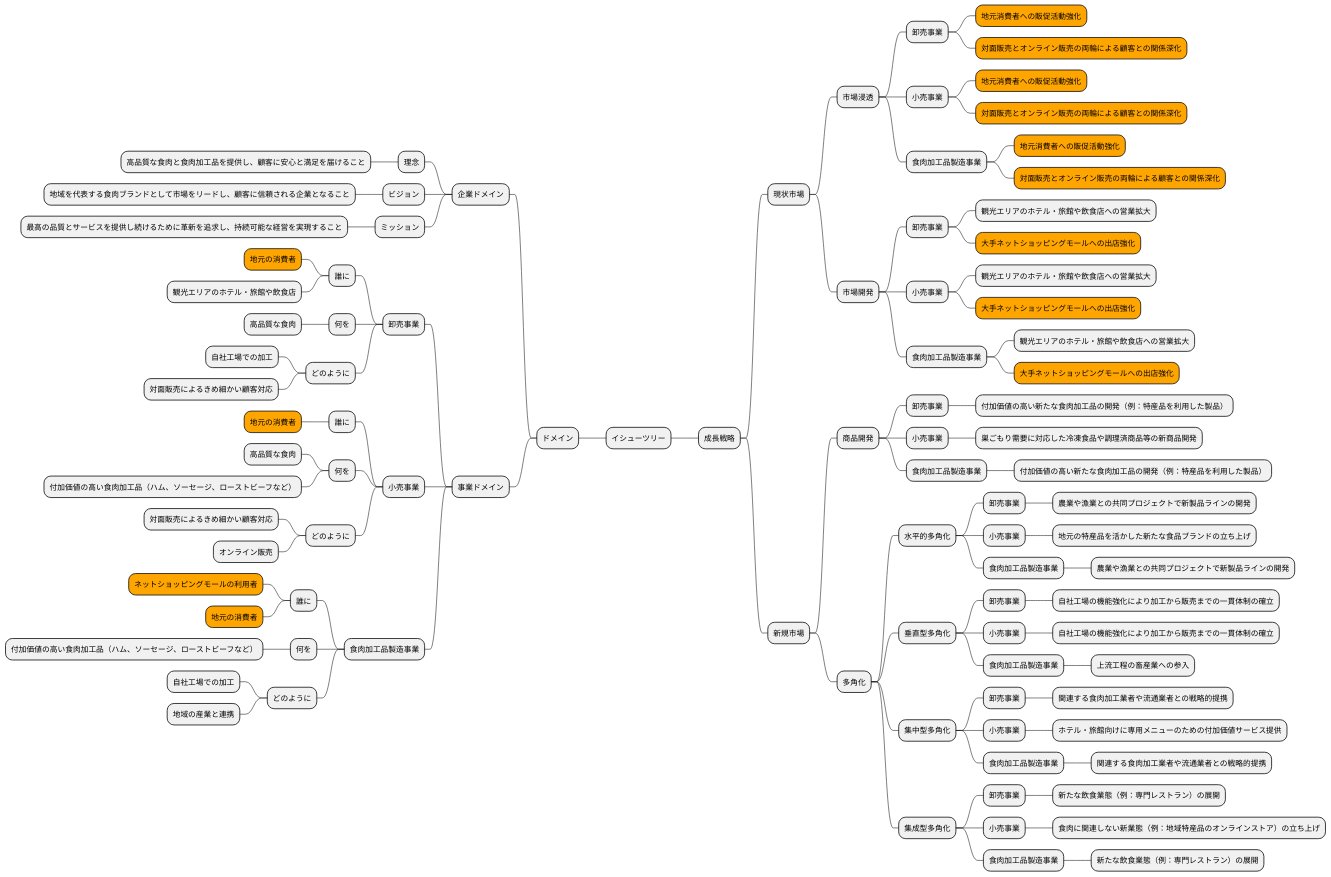
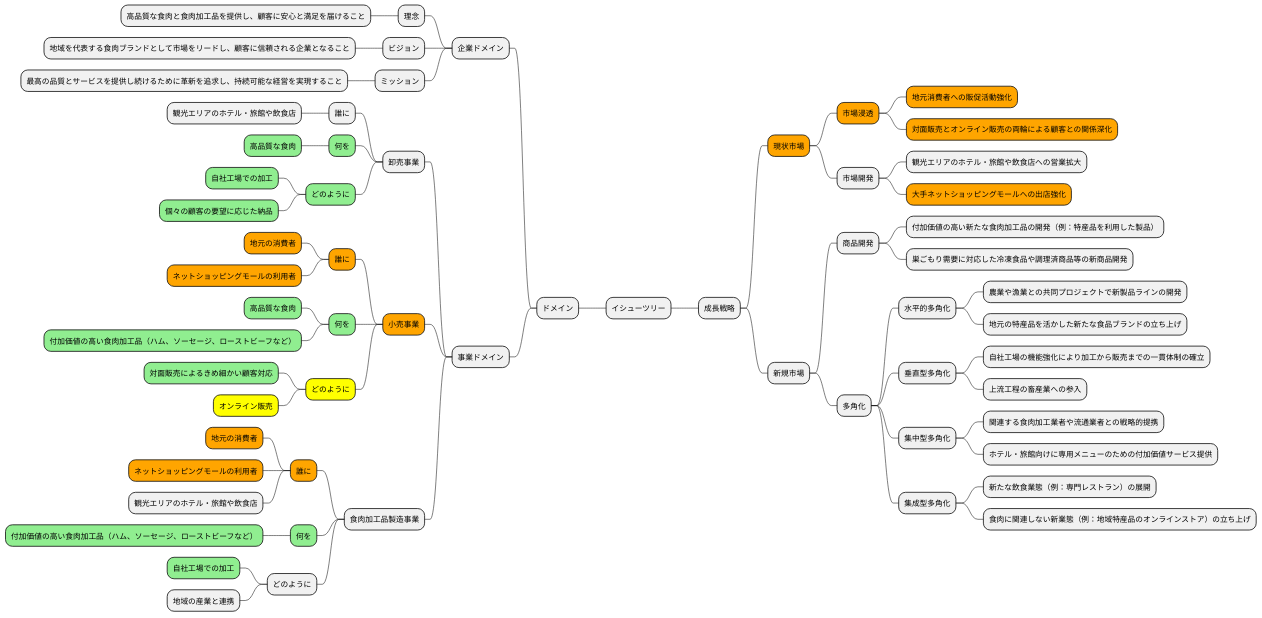
The sixth of 15 diagrams in docs/case/r04_case_2.adoc (k2works/case-sutudy-business-analysis), drawn with PlantUML before and after one commit. The commit also changed other lines of this file, not shown here.

```diff
--- a/docs/case/r04_case_2.adoc
+++ b/docs/case/r04_case_2.adoc
@@ -344,96 +304,57 @@
 --- 事業ドメイン
 ---- 卸売事業
 ----- 誰に
-------[#Orange] 地元の消費者
 ------ 観光エリアのホテル・旅館や飲食店
------ 何を
------- 高品質な食肉
+-----[#lightgreen] 何を
+------[#lightgreen] 高品質な食肉
+-----[#lightgreen] どのように
+------[#lightgreen] 自社工場での加工
+------[#lightgreen]  個々の顧客の要望に応じた納品
+----[#orange] 小売事業
+-----[#orange] 誰に
+------[#orange] 地元の消費者
+------[#orange] ネットショッピングモールの利用者
+-----[#lightgreen] 何を
+------[#lightgreen] 高品質な食肉
+------[#lightgreen]  付加価値の高い食肉加工品（ハム、ソーセージ、ローストビーフなど）
+-----[#yellow] どのように
+------[#lightgreen]  対面販売によるきめ細かい顧客対応
+------[#yellow] オンライン販売
+---- 食肉加工品製造事業
+-----[#orange] 誰に
+------[#orange] 地元の消費者
+------[#orange] ネットショッピングモールの利用者
+------ 観光エリアのホテル・旅館や飲食店
+-----[#lightgreen] 何を
+------[#lightgreen] 付加価値の高い食肉加工品（ハム、ソーセージ、ローストビーフなど）
 ----- どのように
------- 自社工場での加工
------- 対面販売によるきめ細かい顧客対応
----- 小売事業
------ 誰に
-------[#Orange] 地元の消費者
------ 何を
------- 高品質な食肉
------- 付加価値の高い食肉加工品（ハム、ソーセージ、ローストビーフなど）
------ どのように
------- 対面販売によるきめ細かい顧客対応
------- オンライン販売
----- 食肉加工品製造事業
------ 誰に
-------[#Orange] ネットショッピングモールの利用者
-------[#Orange] 地元の消費者
------ 何を
------- 付加価値の高い食肉加工品（ハム、ソーセージ、ローストビーフなど）
------ どのように
------- 自社工場での加工
+------[#lightgreen] 自社工場での加工
 ------ 地域の産業と連携
 
 ** 成長戦略
-*** 現状市場
-**** 市場浸透
-***** 卸売事業
-******[#Orange] 地元消費者への販促活動強化
-******[#Orange] 対面販売とオンライン販売の両輪による顧客との関係深化
-***** 小売事業
-******[#Orange] 地元消費者への販促活動強化
-******[#Orange] 対面販売とオンライン販売の両輪による顧客との関係深化
-***** 食肉加工品製造事業
-******[#Orange] 地元消費者への販促活動強化
-******[#Orange] 対面販売とオンライン販売の両輪による顧客との関係深化
-
+***[#orange] 現状市場
+****[#orange] 市場浸透
+*****[#orange] 地元消費者への販促活動強化
+*****[#orange] 対面販売とオンライン販売の両輪による顧客との関係深化
 **** 市場開発
-***** 卸売事業
-****** 観光エリアのホテル・旅館や飲食店への営業拡大
-******[#Orange] 大手ネットショッピングモールへの出店強化
-***** 小売事業
-****** 観光エリアのホテル・旅館や飲食店への営業拡大
-******[#Orange] 大手ネットショッピングモールへの出店強化
-***** 食肉加工品製造事業
-****** 観光エリアのホテル・旅館や飲食店への営業拡大
-******[#Orange] 大手ネットショッピングモールへの出店強化
-
+***** 観光エリアのホテル・旅館や飲食店への営業拡大
+*****[#orange] 大手ネットショッピングモールへの出店強化
 *** 新規市場
 **** 商品開発
-***** 卸売事業
-****** 付加価値の高い新たな食肉加工品の開発（例：特産品を利用した製品）
-***** 小売事業
-****** 巣ごもり需要に対応した冷凍食品や調理済商品等の新商品開発
-***** 食肉加工品製造事業
-****** 付加価値の高い新たな食肉加工品の開発（例：特産品を利用した製品）
-
+***** 付加価値の高い新たな食肉加工品の開発（例：特産品を利用した製品）
+***** 巣ごもり需要に対応した冷凍食品や調理済商品等の新商品開発
 **** 多角化
 ***** 水平的多角化
-****** 卸売事業
-******* 農業や漁業との共同プロジェクトで新製品ラインの開発
-****** 小売事業
-******* 地元の特産品を活かした新たな食品ブランドの立ち上げ
-****** 食肉加工品製造事業
-******* 農業や漁業との共同プロジェクトで新製品ラインの開発
-
+****** 農業や漁業との共同プロジェクトで新製品ラインの開発
+****** 地元の特産品を活かした新たな食品ブランドの立ち上げ
 ***** 垂直型多角化
-****** 卸売事業
-******* 自社工場の機能強化により加工から販売までの一貫体制の確立
-****** 小売事業
-******* 自社工場の機能強化により加工から販売までの一貫体制の確立
-****** 食肉加工品製造事業
-******* 上流工程の畜産業への参入
-
+****** 自社工場の機能強化により加工から販売までの一貫体制の確立
+****** 上流工程の畜産業への参入
 ***** 集中型多角化
-****** 卸売事業
-******* 関連する食肉加工業者や流通業者との戦略的提携
-****** 小売事業
-******* ホテル・旅館向けに専用メニューのための付加価値サービス提供
-****** 食肉加工品製造事業
-******* 関連する食肉加工業者や流通業者との戦略的提携
-
+****** 関連する食肉加工業者や流通業者との戦略的提携
+****** ホテル・旅館向けに専用メニューのための付加価値サービス提供
 ***** 集成型多角化
-****** 卸売事業
-******* 新たな飲食業態（例：専門レストラン）の展開
-****** 小売事業
-******* 食肉に関連しない新業態（例：地域特産品のオンラインストア）の立ち上げ
-****** 食肉加工品製造事業
-******* 新たな飲食業態（例：専門レストラン）の展開
+****** 新たな飲食業態（例：専門レストラン）の展開
+****** 食肉に関連しない新業態（例：地域特産品のオンラインストア）の立ち上げ
 @endmindmap
 ----
```
